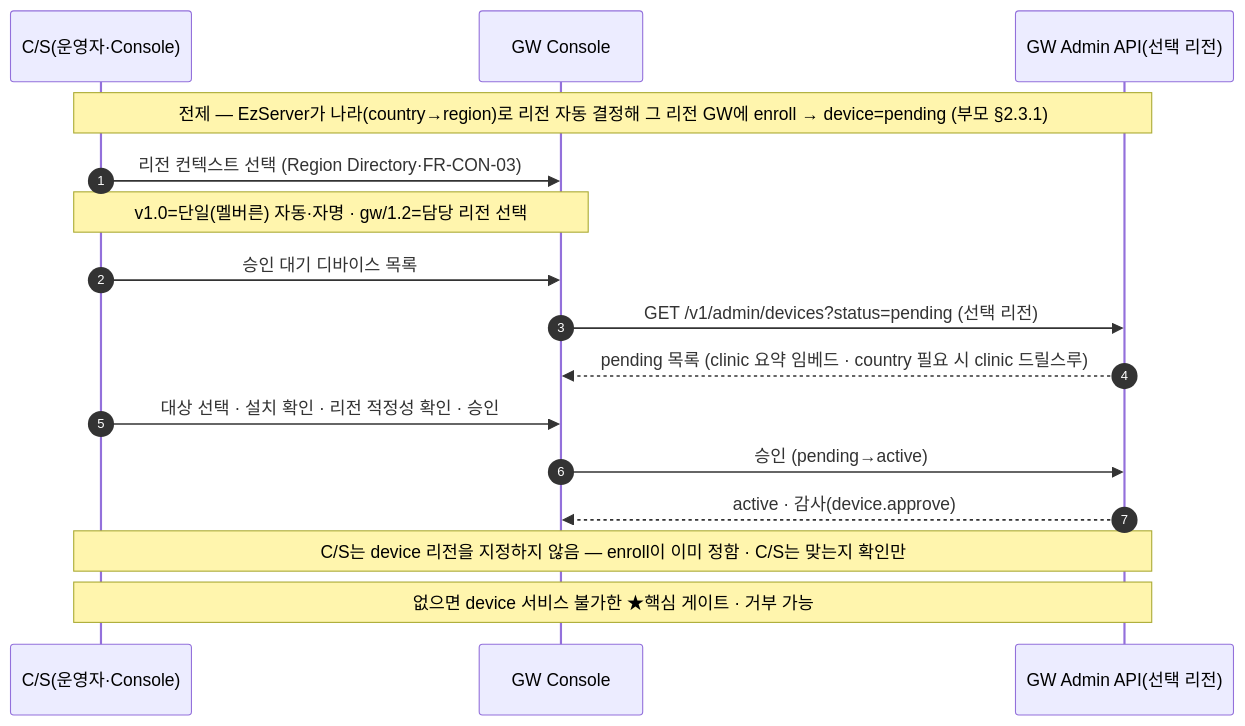
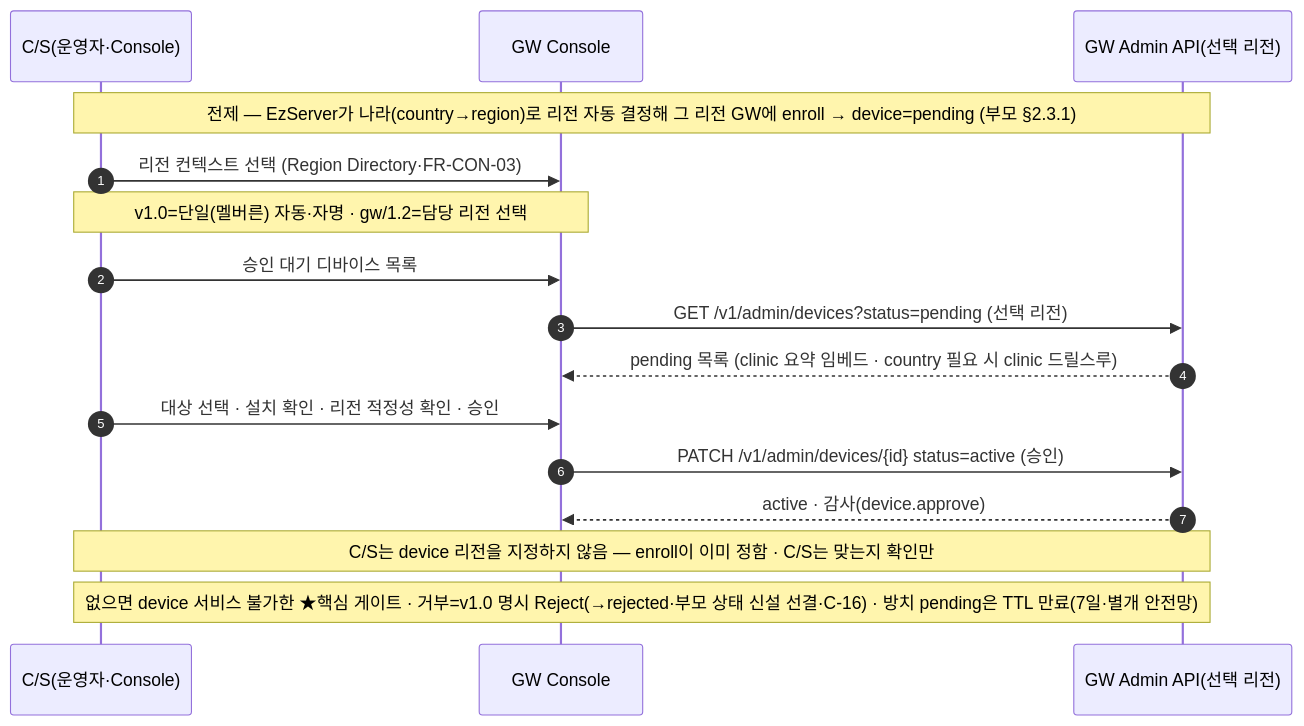
One commit to gracegyu/scp-architecture changed the seventh of 9 diagrams in docs/VT_API_Gateway/08.VT_API_Gateway/specs/03c-subsrs-gw-console/SRS.md. Above: the diagram before and after it, drawn with Mermaid. The commit also changed other lines of this file, not shown here.

First line of the commit message:
docs: Update SRS documentation for GW Console to clarify device enrollment and rejection processes

````diff
--- a/docs/VT_API_Gateway/08.VT_API_Gateway/specs/03c-subsrs-gw-console/SRS.md
+++ b/docs/VT_API_Gateway/08.VT_API_Gateway/specs/03c-subsrs-gw-console/SRS.md
@@ -248,18 +248,18 @@
 ```mermaid
 sequenceDiagram
     autonumber
     participant CS as C/S(운영자·Console)
     participant C as GW Console
     participant GW as GW Admin API(선택 리전)
     Note over CS,GW: 전제 — EzServer가 나라(country→region)로 리전 자동 결정해 그 리전 GW에 enroll → device=pending (부모 §2.3.1)
     CS->>C: 리전 컨텍스트 선택 (Region Directory·FR-CON-03)
     Note over CS,C: v1.0=단일(멜버른) 자동·자명 · gw/1.2=담당 리전 선택
     CS->>C: 승인 대기 디바이스 목록
     C->>GW: GET /v1/admin/devices?status=pending (선택 리전)
     GW-->>C: pending 목록 (clinic 요약 임베드 · country 필요 시 clinic 드릴스루)
     CS->>C: 대상 선택 · 설치 확인 · 리전 적정성 확인 · 승인
-    C->>GW: 승인 (pending→active)
+    C->>GW: PATCH /v1/admin/devices/{id} status=active (승인)
     GW-->>C: active · 감사(device.approve)
     Note over CS,GW: C/S는 device 리전을 지정하지 않음 — enroll이 이미 정함 · C/S는 맞는지 확인만
-    Note over CS,GW: 없으면 device 서비스 불가한 ★핵심 게이트 · 거부 가능
+    Note over CS,GW: 없으면 device 서비스 불가한 ★핵심 게이트 · 거부=v1.0 명시 Reject(→rejected·부모 상태 신설 선결·C-16) · 방치 pending은 TTL 만료(7일·별개 안전망)
 ```
````
